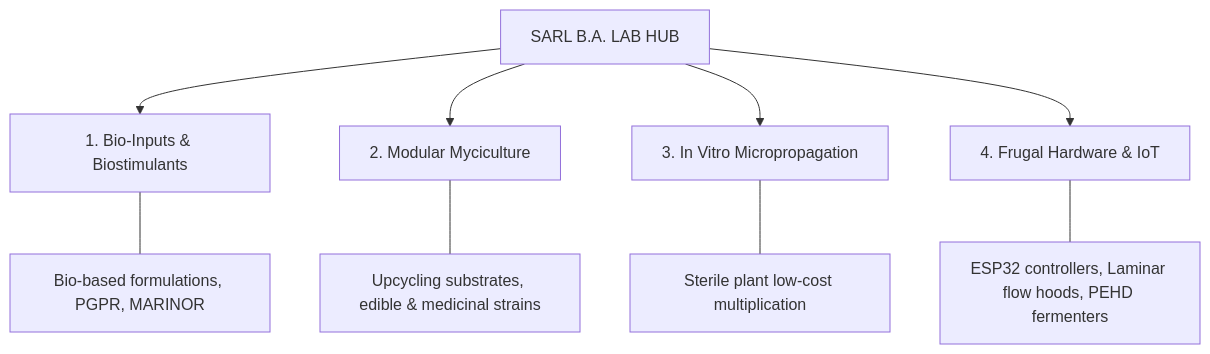
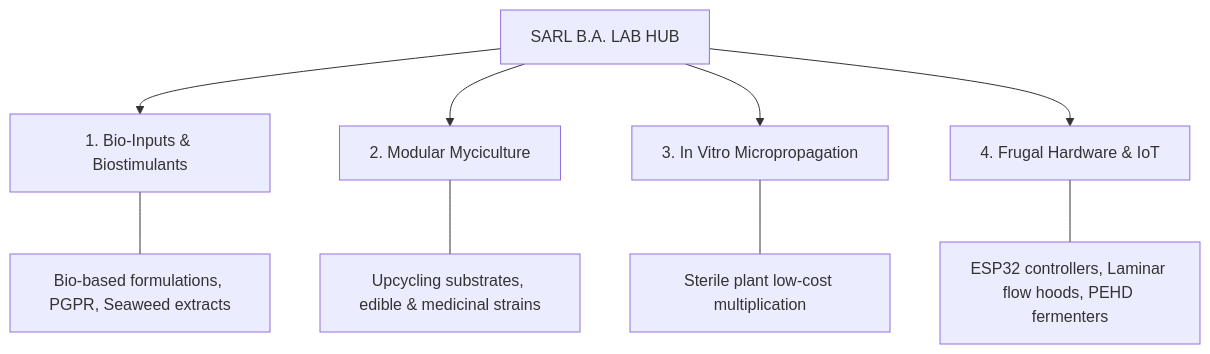
The diagram in README.md (yanisbouakazalves-sudo/BA-lab), drawn with Mermaid before and after one commit. The commit also changed other lines of this file, not shown here.

````diff
--- a/README.md
+++ b/README.md
@@ -20,14 +21,14 @@
 ```mermaid
 graph TD
     HUB[SARL B.A. LAB HUB]
     
     HUB --> P1[1. Bio-Inputs & Biostimulants]
     HUB --> P2[2. Modular Myciculture]
     HUB --> P3[3. In Vitro Micropropagation]
     HUB --> P4[4. Frugal Hardware & IoT]
 
-    P1 --- D1[Bio-based formulations, PGPR, MARINOR]
+    P1 --- D1[Bio-based formulations, PGPR, Seaweed extracts]
     P2 --- D2[Upcycling substrates, edible & medicinal strains]
     P3 --- D3[Sterile plant low-cost multiplication]
     P4 --- D4[ESP32 controllers, Laminar flow hoods, PEHD fermenters]
 ```
````
